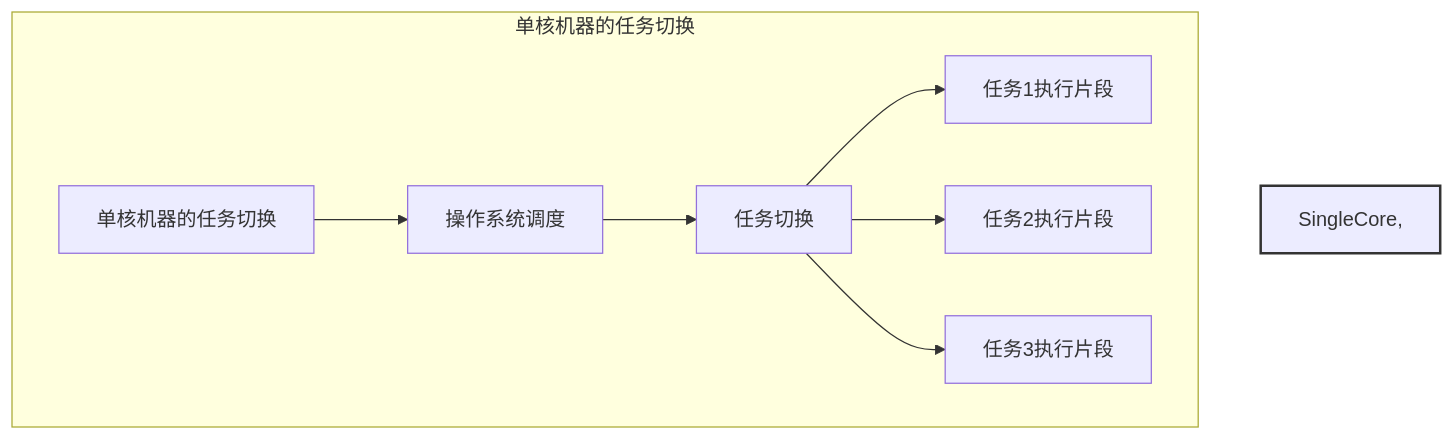
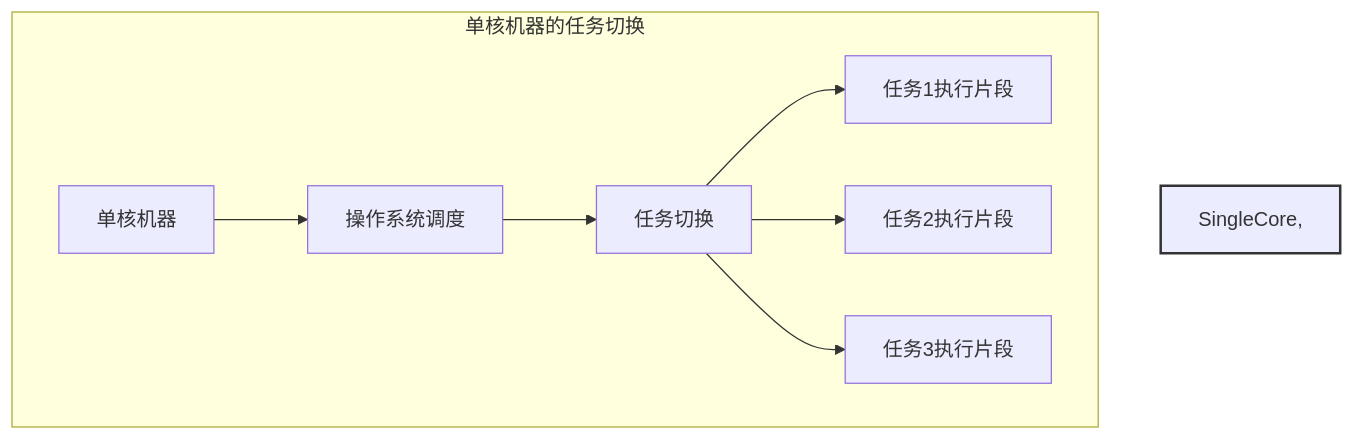
Before and after one commit to Mq-b/ModernCpp-ConcurrentProgramming-Tutorial: the second of 2 diagrams in md/01基本概念.md, drawn with Mermaid. The commit also changed other lines of this file and 3 other files, not shown here.

Commit message:
更新 page 包版本,添加 mdEnhance 配置,修改第 1 章 mermaid 内容

````diff
--- a/md/01基本概念.md
+++ b/md/01基本概念.md
@@ -48,14 +48,14 @@
 ```mermaid
 graph TD;
     subgraph "单核机器的任务切换"
-        SingleCore[单核机器的任务切换]
+        SingleCore[单核机器]
         SingleCore --> OS[操作系统调度]
         OS --> TaskSwitching[任务切换]
         TaskSwitching --> Task1[任务1执行片段]
         TaskSwitching --> Task2[任务2执行片段]
         TaskSwitching --> Task3[任务3执行片段]
     end
 
     style SingleCore, OS, TaskSwitching, Task1, Task2, Task3 fill:#fff,stroke:#333,stroke-width:2px;
 
 ```
````
